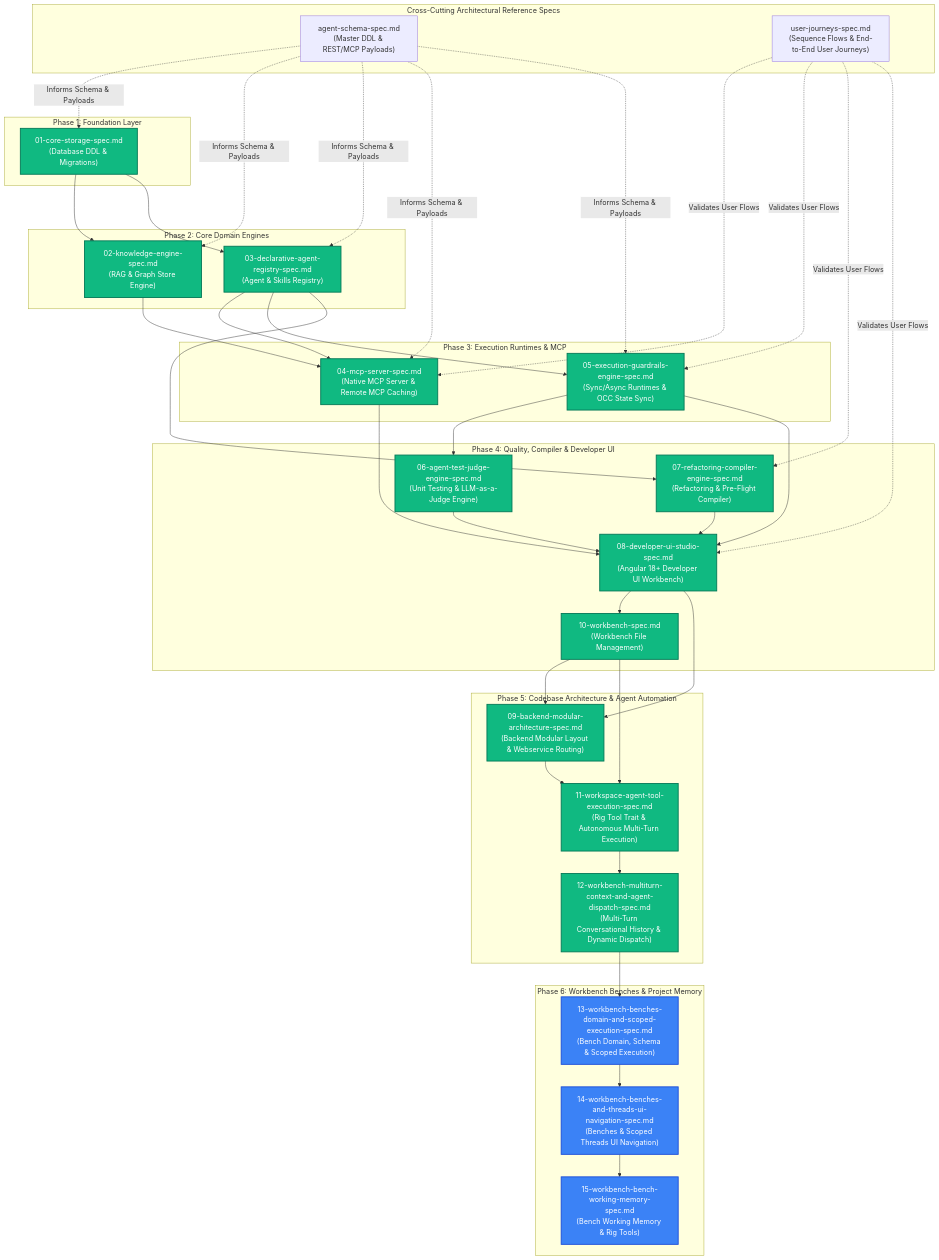
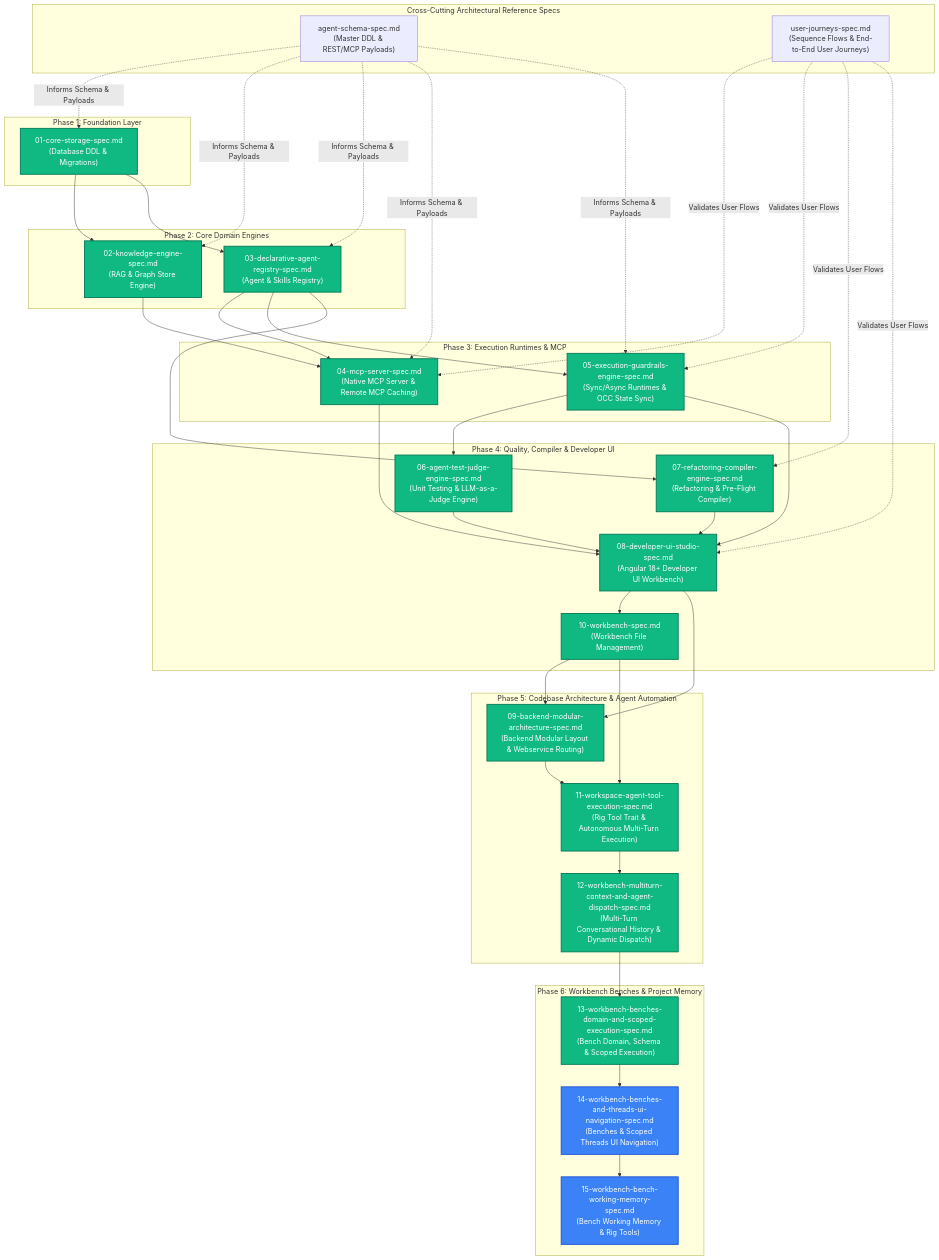
The diagram in spec/specs/README.md (PolecatWorks/agent-as-data), drawn with Mermaid before and after one commit. The commit also changed other lines of this file and 14 other files, not shown here.

Commit message:
feat(spec-13): implement benches domain, schema migrations, and bench-scoped execution

````diff
--- a/spec/specs/README.md
+++ b/spec/specs/README.md
@@ -17,82 +17,82 @@
 ```mermaid
 flowchart TD
     subgraph CrossCuttingSpecs ["Cross-Cutting Architectural Reference Specs"]
         SchemaSpec["agent-schema-spec.md<br/>(Master DDL & REST/MCP Payloads)"]
         JourneysSpec["user-journeys-spec.md<br/>(Sequence Flows & End-to-End User Journeys)"]
     end
 
     subgraph Phase1 ["Phase 1: Foundation Layer"]
         Spec01["01-core-storage-spec.md<br/>(Database DDL & Migrations)"]:::complete
     end
 
     subgraph Phase2 ["Phase 2: Core Domain Engines"]
         Spec02["02-knowledge-engine-spec.md<br/>(RAG & Graph Store Engine)"]:::complete
         Spec03["03-declarative-agent-registry-spec.md<br/>(Agent & Skills Registry)"]:::complete
     end
 
 
 
     subgraph Phase3 ["Phase 3: Execution Runtimes & MCP"]
         Spec04["04-mcp-server-spec.md<br/>(Native MCP Server & Remote MCP Caching)"]:::complete
         Spec05["05-execution-guardrails-engine-spec.md<br/>(Sync/Async Runtimes & OCC State Sync)"]:::complete
     end
 
 
 
     subgraph Phase4 ["Phase 4: Quality, Compiler & Developer UI"]
         Spec06["06-agent-test-judge-engine-spec.md<br/>(Unit Testing & LLM-as-a-Judge Engine)"]:::complete
         Spec07["07-refactoring-compiler-engine-spec.md<br/>(Refactoring & Pre-Flight Compiler)"]:::complete
         Spec08["08-developer-ui-studio-spec.md<br/>(Angular 18+ Developer UI Workbench)"]:::complete
         Spec10["10-workbench-spec.md<br/>(Workbench File Management)"]:::complete
     end
 
     subgraph Phase5 ["Phase 5: Codebase Architecture & Agent Automation"]
         Spec09["09-backend-modular-architecture-spec.md<br/>(Backend Modular Layout & Webservice Routing)"]:::complete
         Spec11["11-workspace-agent-tool-execution-spec.md<br/>(Rig Tool Trait & Autonomous Multi-Turn Execution)"]:::complete
         Spec12["12-workbench-multiturn-context-and-agent-dispatch-spec.md<br/>(Multi-Turn Conversational History & Dynamic Dispatch)"]:::complete
     end
 
     subgraph Phase6 ["Phase 6: Workbench Benches & Project Memory"]
-        Spec13["13-workbench-benches-domain-and-scoped-execution-spec.md<br/>(Bench Domain, Schema & Scoped Execution)"]:::draft
+        Spec13["13-workbench-benches-domain-and-scoped-execution-spec.md<br/>(Bench Domain, Schema & Scoped Execution)"]:::complete
         Spec14["14-workbench-benches-and-threads-ui-navigation-spec.md<br/>(Benches & Scoped Threads UI Navigation)"]:::draft
         Spec15["15-workbench-bench-working-memory-spec.md<br/>(Bench Working Memory & Rig Tools)"]:::draft
     end
 
     classDef complete fill:#10B981,stroke:#047857,stroke-width:2px,color:#ffffff;
     classDef draft fill:#3B82F6,stroke:#1D4ED8,stroke-width:2px,color:#ffffff;
 
     SchemaSpec -.->|Informs Schema & Payloads| Spec01
     SchemaSpec -.->|Informs Schema & Payloads| Spec02
     SchemaSpec -.->|Informs Schema & Payloads| Spec03
     SchemaSpec -.->|Informs Schema & Payloads| Spec04
     SchemaSpec -.->|Informs Schema & Payloads| Spec05
 
     JourneysSpec -.->|Validates User Flows| Spec04
     JourneysSpec -.->|Validates User Flows| Spec05
     JourneysSpec -.->|Validates User Flows| Spec07
     JourneysSpec -.->|Validates User Flows| Spec08
 
     Spec01 --> Spec02
     Spec01 --> Spec03
 
     Spec02 --> Spec04
     Spec03 --> Spec04
     Spec03 --> Spec05
 
     Spec05 --> Spec06
     Spec03 --> Spec07
     
     Spec04 --> Spec08
     Spec05 --> Spec08
     Spec06 --> Spec08
     Spec07 --> Spec08
     Spec08 --> Spec10
     Spec08 --> Spec09
     Spec10 --> Spec09
     Spec09 --> Spec11
     Spec10 --> Spec11
     Spec11 --> Spec12
     Spec12 --> Spec13
     Spec13 --> Spec14
     Spec14 --> Spec15
 ```
````
